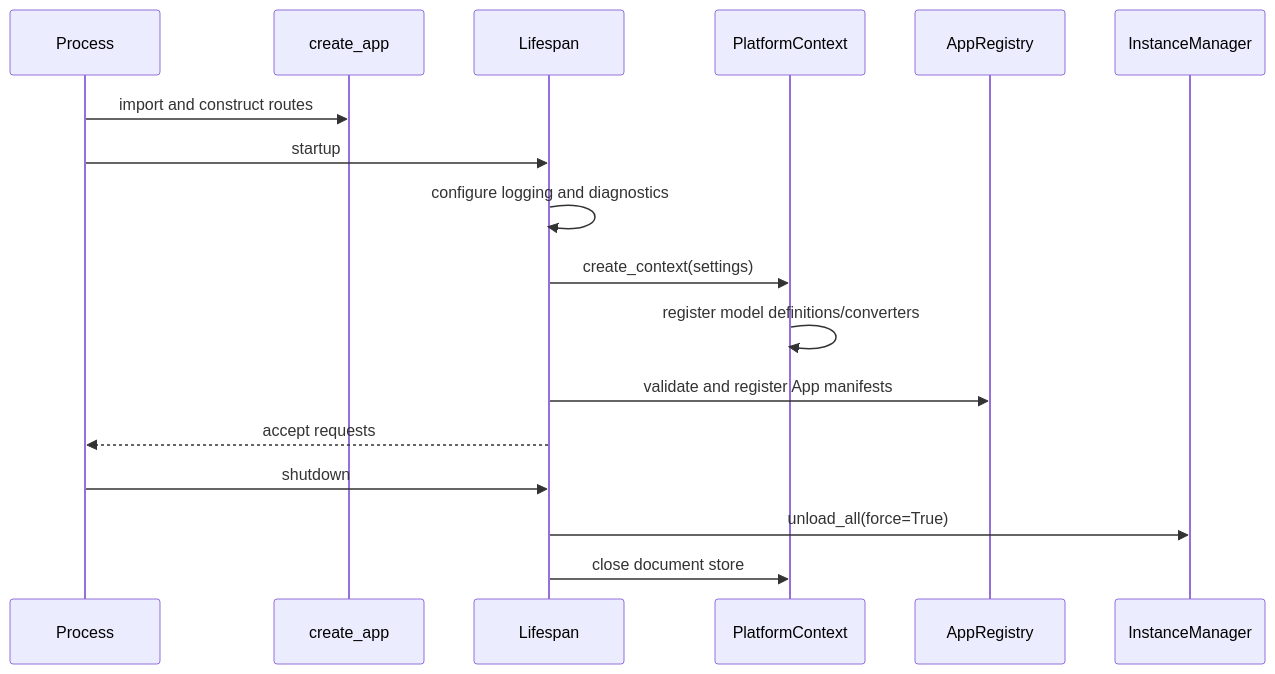
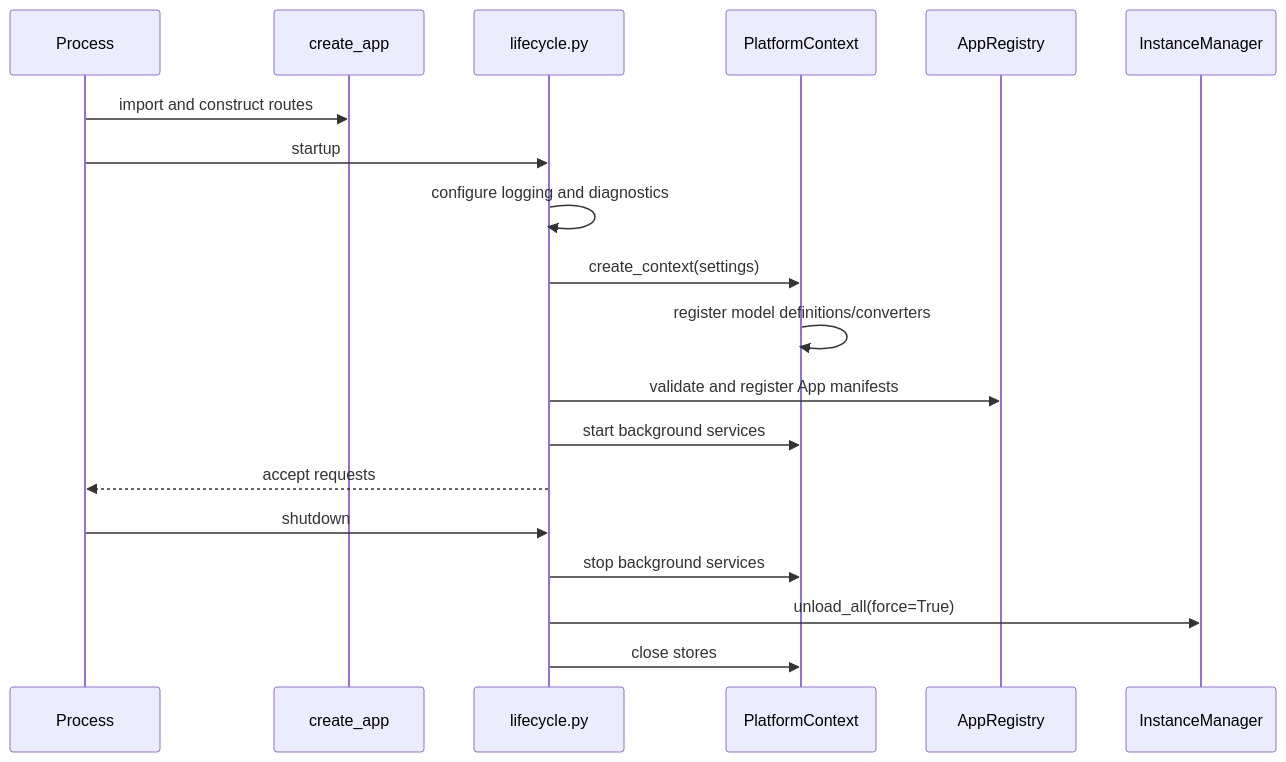
One commit to devilyouwei/hugging-mac changed the second of 3 diagrams in apps/web/backend/src/hugging_mac_web/README.md. Above: the diagram before and after it, drawn with Mermaid. The commit also changed other lines of this file and 107 other files, not shown here.

````diff
--- a/apps/web/backend/src/hugging_mac_web/README.md
+++ b/apps/web/backend/src/hugging_mac_web/README.md
@@ -66,20 +69,22 @@
 ```mermaid
 sequenceDiagram
     participant P as Process
     participant F as create_app
-    participant L as Lifespan
+    participant L as lifecycle.py
     participant C as PlatformContext
     participant R as AppRegistry
     participant M as InstanceManager
 
     P->>F: import and construct routes
     P->>L: startup
     L->>L: configure logging and diagnostics
     L->>C: create_context(settings)
     C->>C: register model definitions/converters
     L->>R: validate and register App manifests
+    L->>C: start background services
     L-->>P: accept requests
     P->>L: shutdown
+    L->>C: stop background services
     L->>M: unload_all(force=True)
-    L->>C: close document store
+    L->>C: close stores
 ```
````
